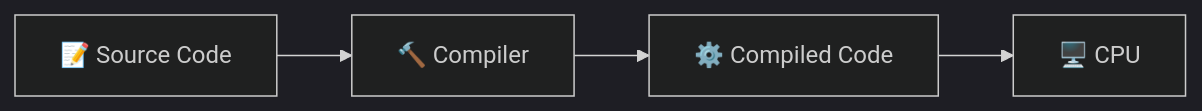
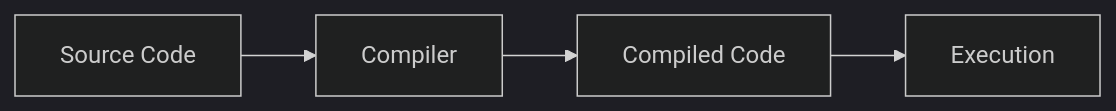
One commit to Yuvii2102/My-Devops-Cloud-Journey changed diagram 12 of 31 in DevOps-Labs-and-Projects/ Day-01 to Day-06/README.md. Above: the diagram before and after it, drawn with Mermaid (dark theme). The commit also changed other lines of this file, not shown here.

````diff
--- a/DevOps-Labs-and-Projects/ Day-01 to Day-06/README.md
+++ b/DevOps-Labs-and-Projects/ Day-01 to Day-06/README.md
@@ -439,11 +329,6 @@
 ```mermaid
 flowchart LR
-    SOURCE["📝 Source Code"]
-    COMPILER["🔨 Compiler"]
-    CODE["⚙️ Compiled Code"]
-    CPU["🖥️ CPU"]
-
-    SOURCE --> COMPILER
-    COMPILER --> CODE
-    CODE --> CPU
+    A["Source Code"] --> B["Compiler"]
+    B --> C["Compiled Code"]
+    C --> D["Execution"]
 ```
````
